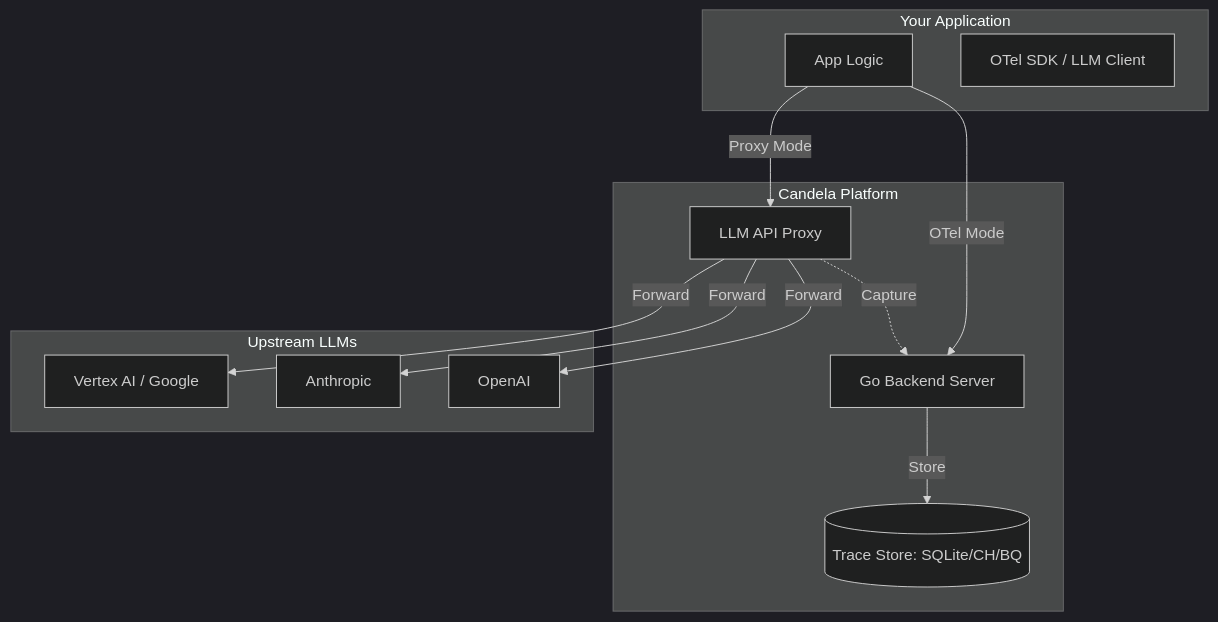
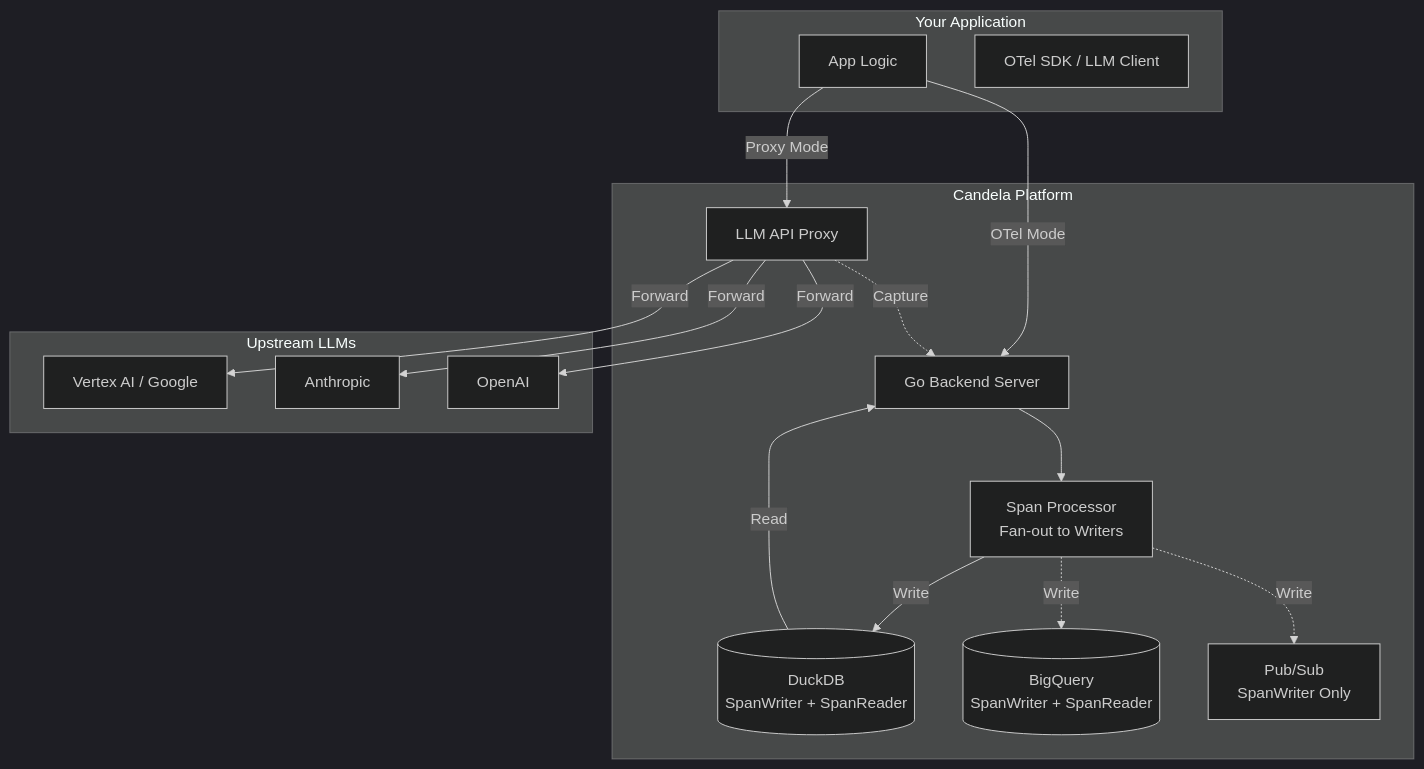
The diagram in README.md (candelahq/candela), drawn with Mermaid (dark theme) before and after one commit. The commit also changed other lines of this file and 1 other file, not shown here.

First line of the commit message:
docs: update README and architecture for CQRS storage stack

````diff
--- a/README.md
+++ b/README.md
@@ -98,27 +99,34 @@
 ```mermaid
 graph TD
     subgraph "Your Application"
         App[App Logic]
         SDK[OTel SDK / LLM Client]
     end
 
     subgraph "Candela Platform"
         Proxy[LLM API Proxy]
         Server[Go Backend Server]
-        Store[(Trace Store: SQLite/CH/BQ)]
+        Processor[Span Processor<br/>Fan-out to Writers]
+        DuckDB[(DuckDB<br/>SpanWriter + SpanReader)]
+        BQ[(BigQuery<br/>SpanWriter + SpanReader)]
+        PubSub[Pub/Sub<br/>SpanWriter Only]
     end
 
     subgraph "Upstream LLMs"
         VAI[Vertex AI / Google]
         ANT[Anthropic]
         OAI[OpenAI]
     end
 
     App -->|Proxy Mode| Proxy
     App -->|OTel Mode| Server
     Proxy -->|Forward| VAI
     Proxy -->|Forward| ANT
     Proxy -->|Forward| OAI
     Proxy -.->|Capture| Server
-    Server -->|Store| Store
+    Server --> Processor
+    Processor -->|Write| DuckDB
+    Processor -.->|Write| BQ
+    Processor -.->|Write| PubSub
+    DuckDB -->|Read| Server
 ```
````
